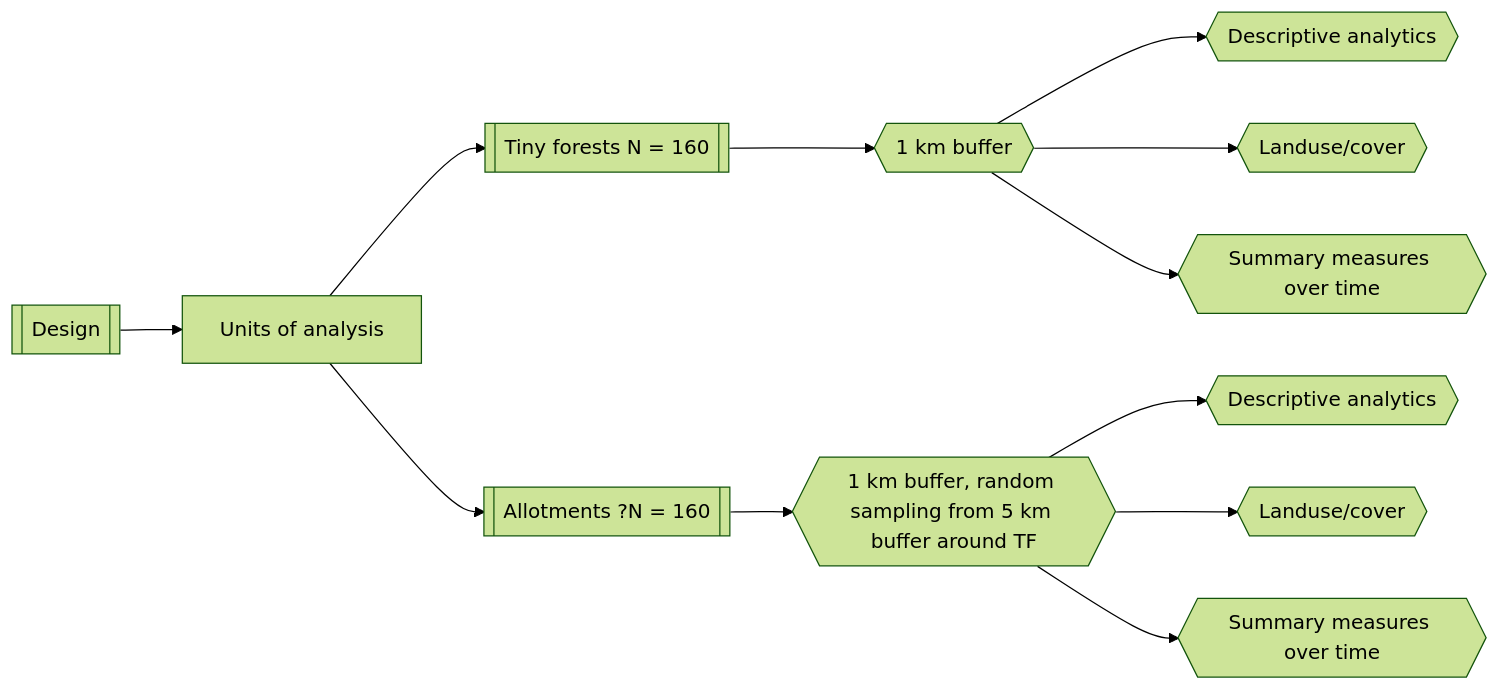
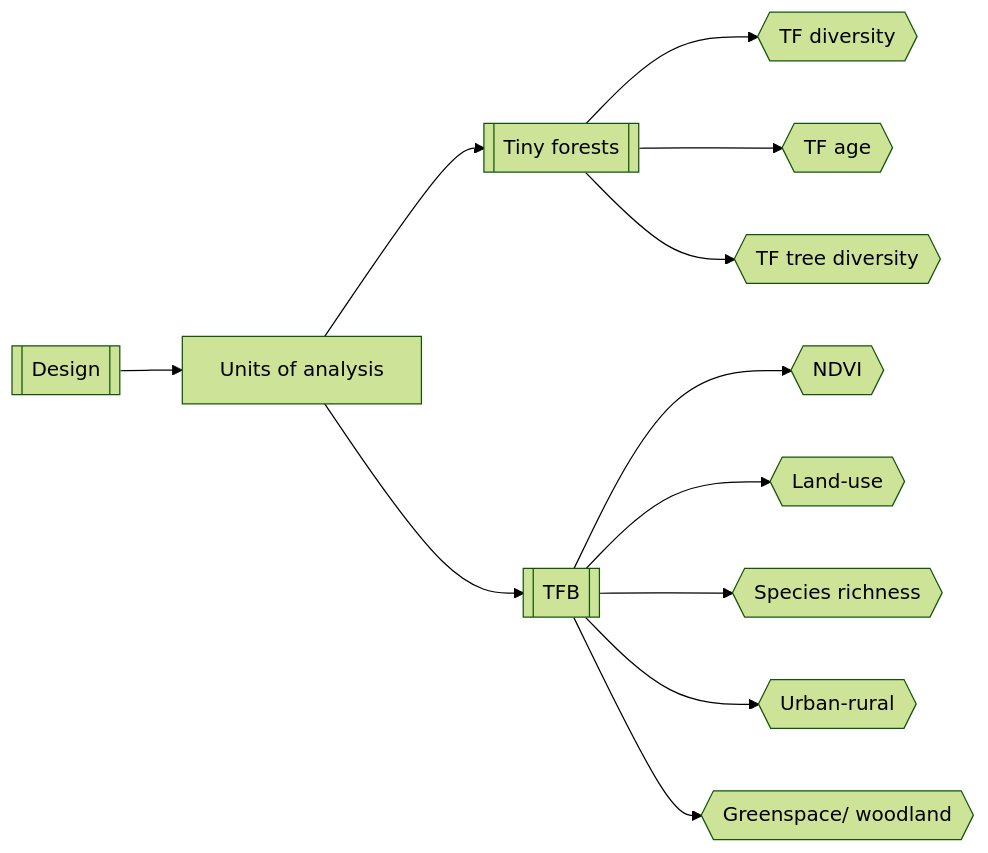
Before and after one commit to julianflowers/tiny_forest_project: the second of 4 diagrams in output/research-methods-v1.qmd, drawn with Mermaid (forest theme). The commit also changed other lines of this file and 3 other files, not shown here.

````diff
--- a/output/research-methods-v1.qmd
+++ b/output/research-methods-v1.qmd
@@ -222,15 +293,15 @@
 ```{mermaid}
 %%| fig-width: 6
-flowchart LR
+graph LR
     A[[Design]] --> B[Units of analysis]
-    B --> C[[Tiny forests N = 160]]
-    B --> D[[Allotments ?N = 160]]
-    C --> E{{1 km buffer}}
-    E --> G{{Descriptive analytics}}
-    E --> H{{Landuse/cover}}
-    E --> I{{Summary measures over time}}
-    D --> F{{1 km buffer, random sampling from 5 km buffer around TF}}
-    F --> J{{Descriptive analytics}}
-    F --> K{{Landuse/cover}}
-    F --> L{{Summary measures over time}}
+    B --> C[[Tiny forests]]
+    B --> D[[TFB]]
+    D --> E{{NDVI}}
+    D --> G{{Land-use}}
+    D --> H{{Species richness}}
+    C --> I{{TF diversity}}
+    C --> F{{TF age}}
+    C --> J{{TF tree diversity}}
+    D --> K{{Urban-rural}}
+    D --> L{{Greenspace/ woodland}}
 ```
````
